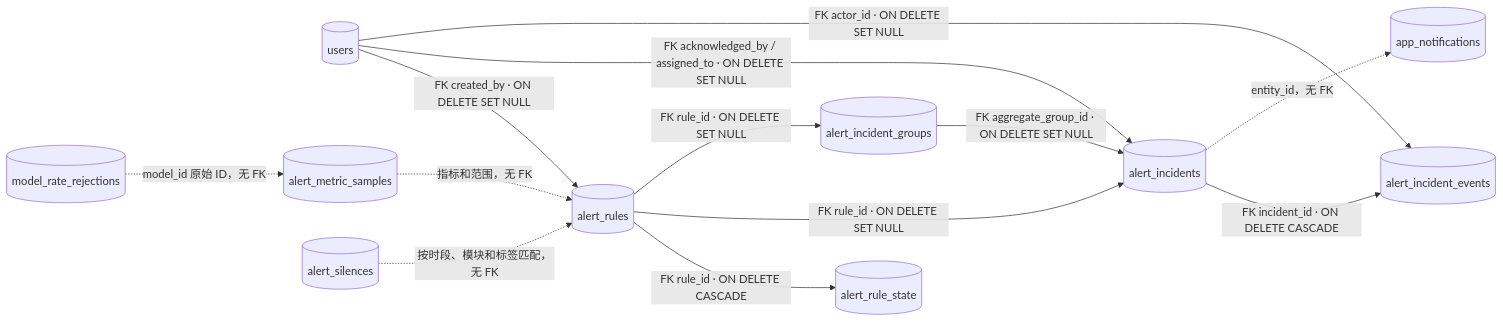
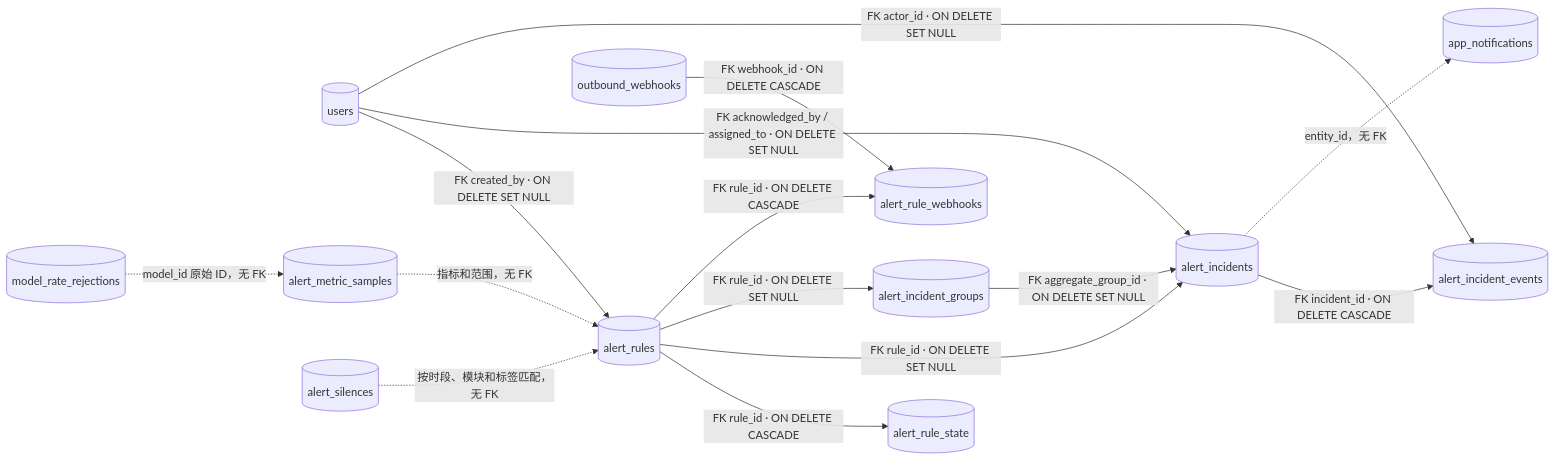
The sixth of 21 diagrams in docs/database-relationships.md (weiAX95/admin), drawn with Mermaid before and after one commit. The commit also changed other lines of this file and 6 other files, not shown here.

Commit message:
feat: route alert rules to selected outbound webhooks

````diff
--- a/docs/database-relationships.md
+++ b/docs/database-relationships.md
@@ -114,15 +114,17 @@
 ```mermaid
 flowchart LR
   Users[(users)] -->|"FK created_by · ON DELETE SET NULL"| Rules[(alert_rules)]
   Users -->|"FK acknowledged_by / assigned_to · ON DELETE SET NULL"| Incidents[(alert_incidents)]
   Users -->|"FK actor_id · ON DELETE SET NULL"| Actions[(alert_incident_events)]
   Rules -->|"FK rule_id · ON DELETE CASCADE"| State[(alert_rule_state)]
   Rules -->|"FK rule_id · ON DELETE SET NULL"| Incidents
   Incidents -->|"FK incident_id · ON DELETE CASCADE"| Actions
   Rules -->|"FK rule_id · ON DELETE SET NULL"| Groups[(alert_incident_groups)]
   Groups -->|"FK aggregate_group_id · ON DELETE SET NULL"| Incidents
+  Rules -->|"FK rule_id · ON DELETE CASCADE"| RuleHooks[(alert_rule_webhooks)]
+  Hooks[(outbound_webhooks)] -->|"FK webhook_id · ON DELETE CASCADE"| RuleHooks
   Samples[(alert_metric_samples)] -. "指标和范围，无 FK" .-> Rules
   RateReject[(model_rate_rejections)] -. "model_id 原始 ID，无 FK" .-> Samples
   Incidents -. "entity_id，无 FK" .-> Notifications[(app_notifications)]
   Silences[(alert_silences)] -. "按时段、模块和标签匹配，无 FK" .-> Rules
 ```
````
